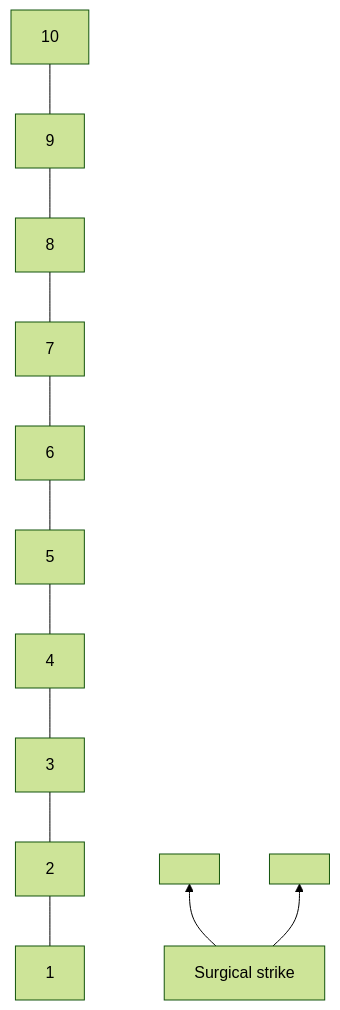
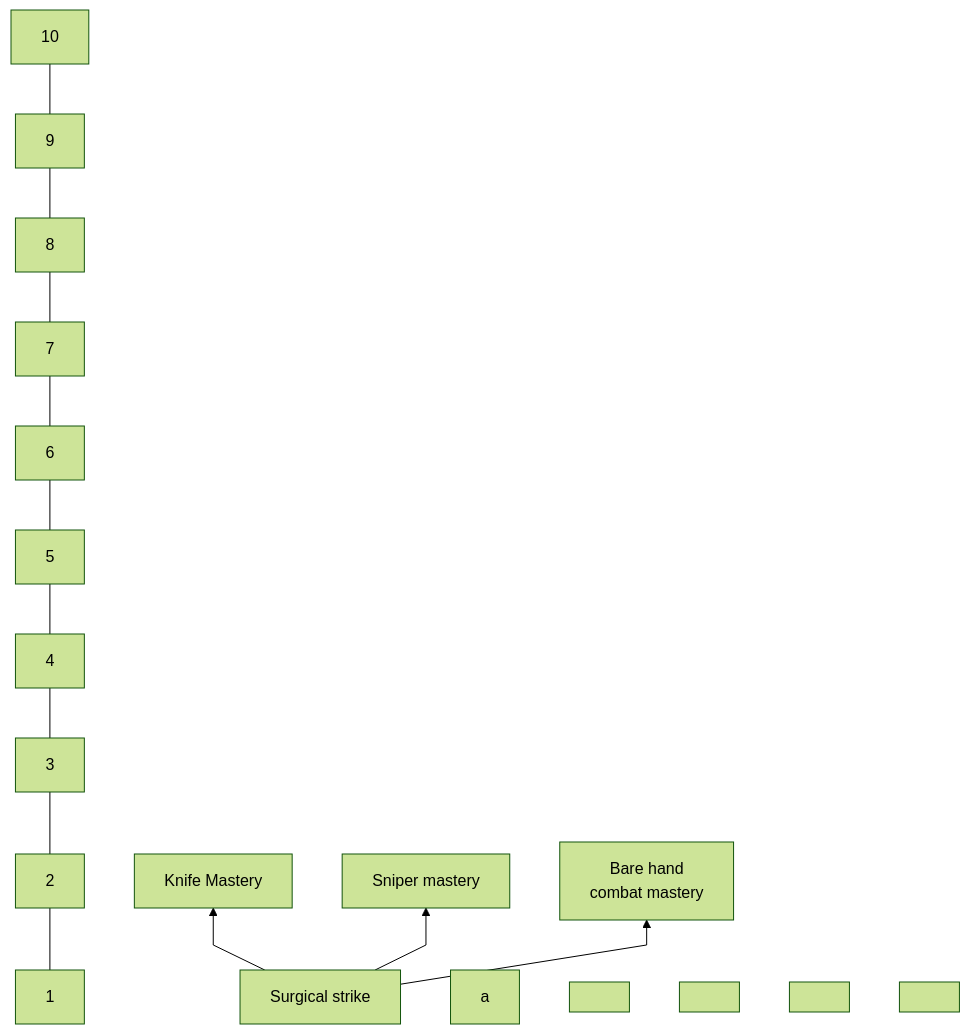
One commit to S1ss3l/Project-U changed the diagram in Gameplay Manual/Class/Assassin.md. Above: the diagram before and after it, drawn with Mermaid (forest theme).

Commit message:
2022-07-14 13:45:43 backup, 1 files changed
Affected files:
Gameplay Manual/Class/Assassin.md

````diff
--- a/Gameplay Manual/Class/Assassin.md
+++ b/Gameplay Manual/Class/Assassin.md
@@ -4,6 +4,11 @@
 ```mermaid
-%%{init:{"flowchart":{"curve":"basis"}}}%%
-flowchart BT;
+%%{init:{"flowchart":{"curve":"linear"}}}%%
+graph BT;
 1---2---3---4---5---6---7---8---9---10
-us[Surgical strike]-->lvl1.1[ ] & lvl1.2[ ]
+us[Surgical strike]-->lvl1.1[Knife Mastery] & lvl1.2[Sniper mastery] & lvl1.3[Bare hand <br> combat mastery]
+lvl2.1[a]
+lvl2.2[ ]
+lvl2.3[ ]
+lvl2.4[ ]
+lvl2.5[ ] 
 ```
````
